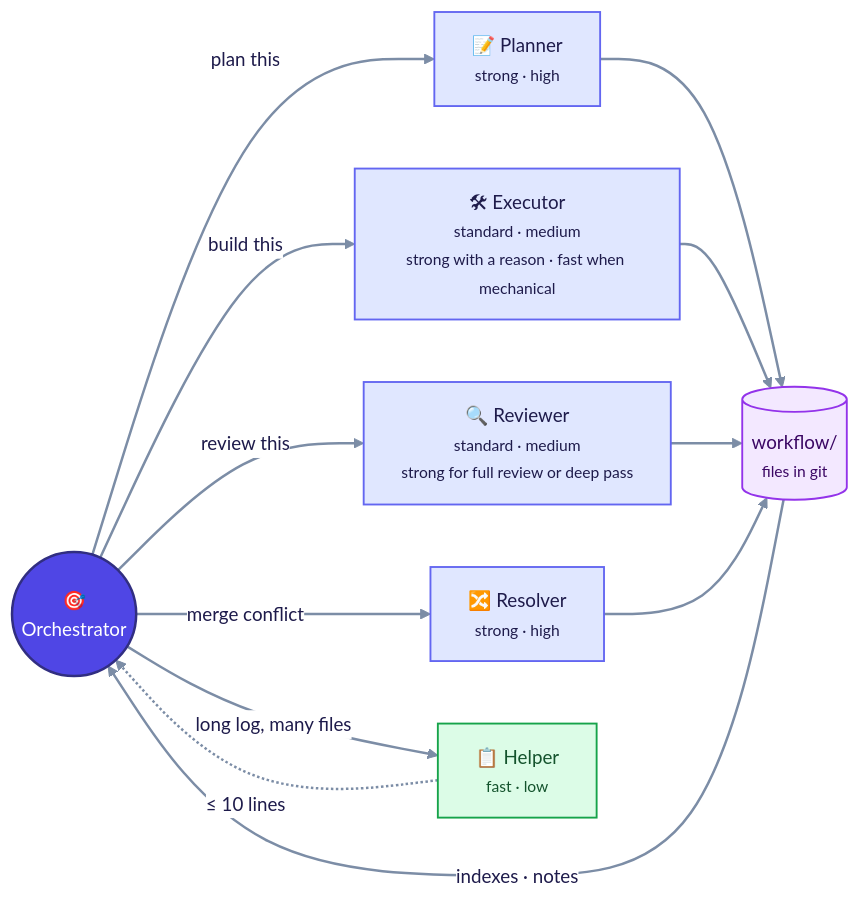
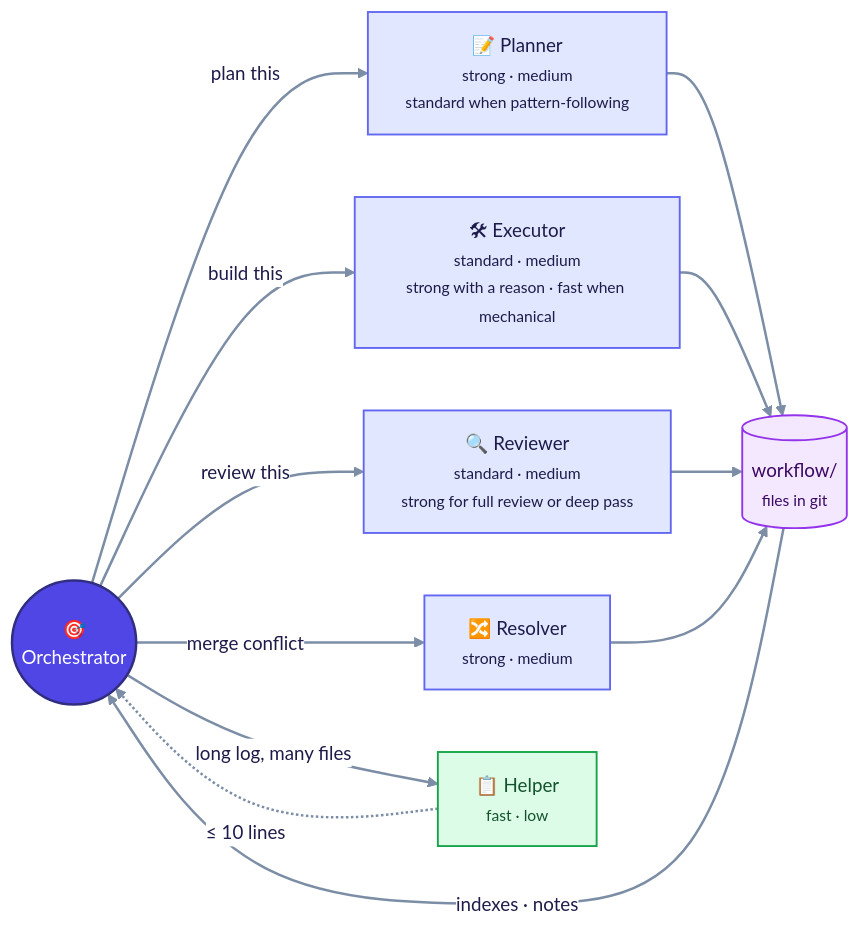
One commit to llunde/lelstack changed the second of 6 diagrams in autonomous-build-workflow/README.md. Above: the diagram before and after it, drawn with Mermaid. The commit also changed other lines of this file and 8 other files, not shown here.

Commit message:
chore(workflow): lower default tiers and effort, cap the ladder at strong/high

````diff
--- a/autonomous-build-workflow/README.md
+++ b/autonomous-build-workflow/README.md
@@ -127,33 +127,33 @@
 ```mermaid
 %%{init: {"theme": "base", "themeVariables": {"fontFamily": "-apple-system, Segoe UI, Helvetica, Arial, sans-serif", "fontSize": "15px", "primaryColor": "#EEF2FF", "primaryBorderColor": "#6366F1", "primaryTextColor": "#1E1B4B", "lineColor": "#7C8DA6", "clusterBkg": "#F8FAFC", "clusterBorder": "#CBD5E1", "edgeLabelBackground": "#FFFFFF", "tertiaryColor": "#F8FAFC"}}}%%
 flowchart LR
     O(("🎯<br/>Orchestrator"))
-    PL["📝 Planner<br/><small>strong · high</small>"]
+    PL["📝 Planner<br/><small>strong · medium<br/>standard when pattern-following</small>"]
     EX["🛠 Executor<br/><small>standard · medium<br/>strong with a reason · fast when mechanical</small>"]
     RV["🔍 Reviewer<br/><small>standard · medium<br/>strong for full review or deep pass</small>"]
-    RS["🔀 Resolver<br/><small>strong · high</small>"]
+    RS["🔀 Resolver<br/><small>strong · medium</small>"]
     HP["📋 Helper<br/><small>fast · low</small>"]
     FS[("workflow/<br/><small>files in git</small>")]
     O -->|plan this| PL
     O -->|build this| EX
     O -->|review this| RV
     O -->|merge conflict| RS
     O -->|long log, many files| HP
     PL & EX & RV & RS --> FS
     HP -.->|≤ 10 lines| O
     FS ==>|indexes · notes| O
 
     classDef default fill:#EEF2FF,stroke:#6366F1,stroke-width:1.5px,color:#1E1B4B
     classDef human fill:#FEF3C7,stroke:#D97706,stroke-width:2px,color:#78350F
     classDef agent fill:#E0E7FF,stroke:#6366F1,stroke-width:1.5px,color:#1E1B4B
     classDef check fill:#DCFCE7,stroke:#16A34A,stroke-width:1.5px,color:#14532D
     classDef git fill:#F3E8FF,stroke:#9333EA,stroke-width:1.5px,color:#3B0764
     classDef stop fill:#FEE2E2,stroke:#DC2626,stroke-width:1.5px,color:#7F1D1D
     classDef done fill:#D1FAE5,stroke:#059669,stroke-width:2px,color:#064E3B
     classDef lead fill:#4F46E5,stroke:#312E81,stroke-width:2px,color:#FFFFFF
     linkStyle default stroke-width:2px
     class PL,EX,RV,RS agent
     class HP check
     class FS git
     class O lead
 ```
````
